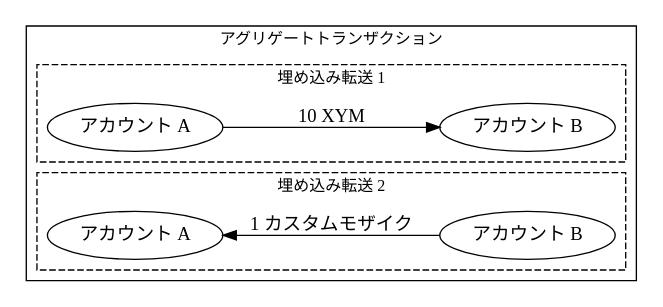
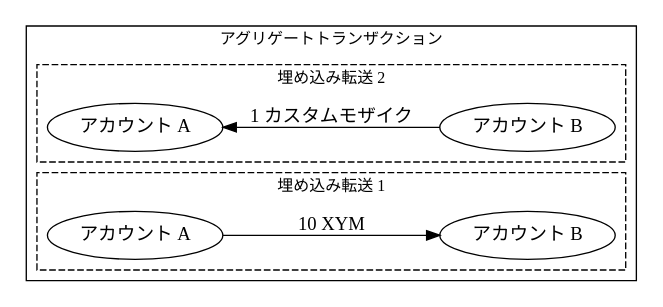
Before and after one commit to symbol/symbol: the diagram in mkdocs/pages/ja/devbook/transactions/atomic-swap.md, drawn with Graphviz. The commit also changed other lines of this file and 9 other files, not shown here.

First line of the commit message:
[mkdocs] fix: proper order of graph clusters

````diff
--- a/mkdocs/pages/ja/devbook/transactions/atomic-swap.md
+++ b/mkdocs/pages/ja/devbook/transactions/atomic-swap.md
@@ -21,26 +21,26 @@
 ```dot
 digraph {
     rankdir="LR";
     fontsize=12;
     subgraph clusterAggregate {
         label = "アグリゲートトランザクション";
         tooltip = "Aggregate Transaction";
+        subgraph clusterT2 {
+            label = "埋め込み転送 2";
+            tooltip = "Embedded Transfer 2";
+            style = dashed;
+            A2 [label="アカウント A" tooltip="Account A"];
+            B2 [label="アカウント B" tooltip="Account B"];
+            A2 -> B2 [label="1 カスタムモザイク" dir=back];
+        }
         subgraph clusterT1 {
             label = "埋め込み転送 1";
             tooltip = "Embedded Transfer 1";
             style = dashed;
             A1 [label="アカウント A" tooltip="Account A"];
             B1 [label="アカウント B" tooltip="Account B"];
             A1 -> B1 [label="10 XYM"];
         }
-        subgraph clusterT2 {
-            label = "埋め込み転送 2";
-            tooltip = "Embedded Transfer 2";
-            style = dashed;
-            A2 [label="アカウント A" tooltip="Account A"];
-            B2 [label="アカウント B" tooltip="Account B"];
-            A2 -> B2 [label="1 カスタムモザイク" dir=back];
-        }
     }
 }
 ```
````
